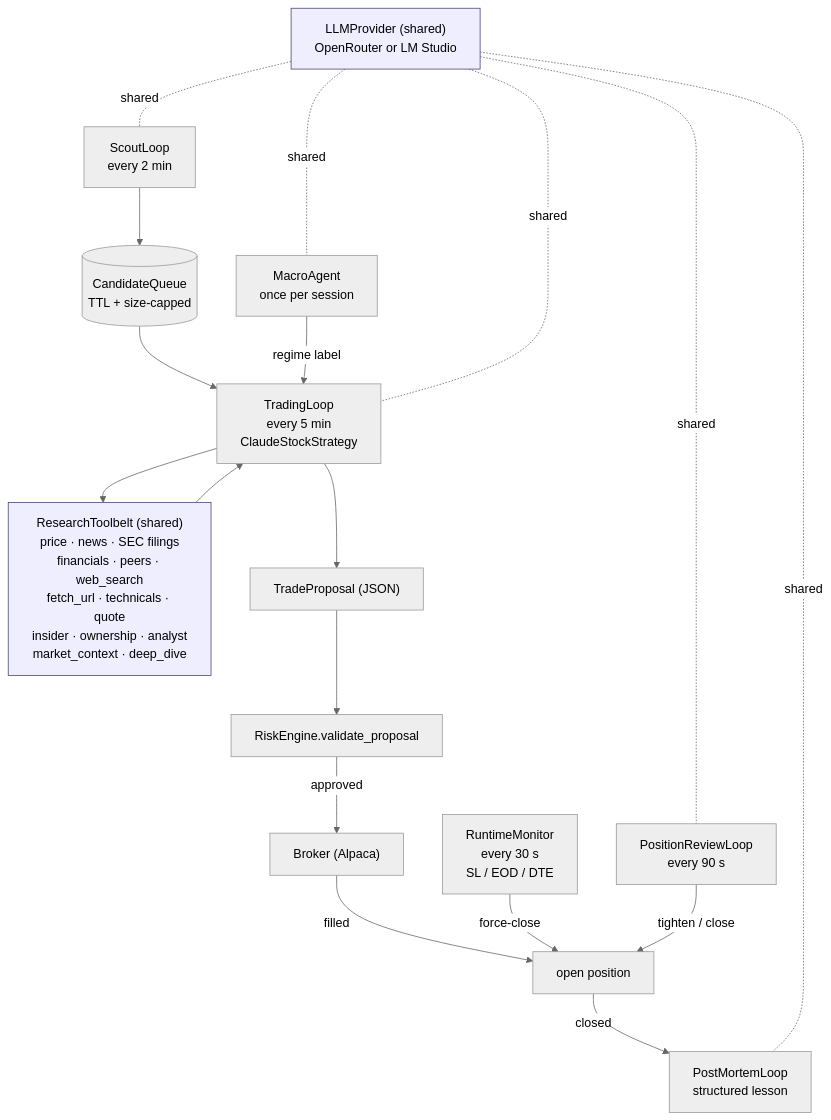
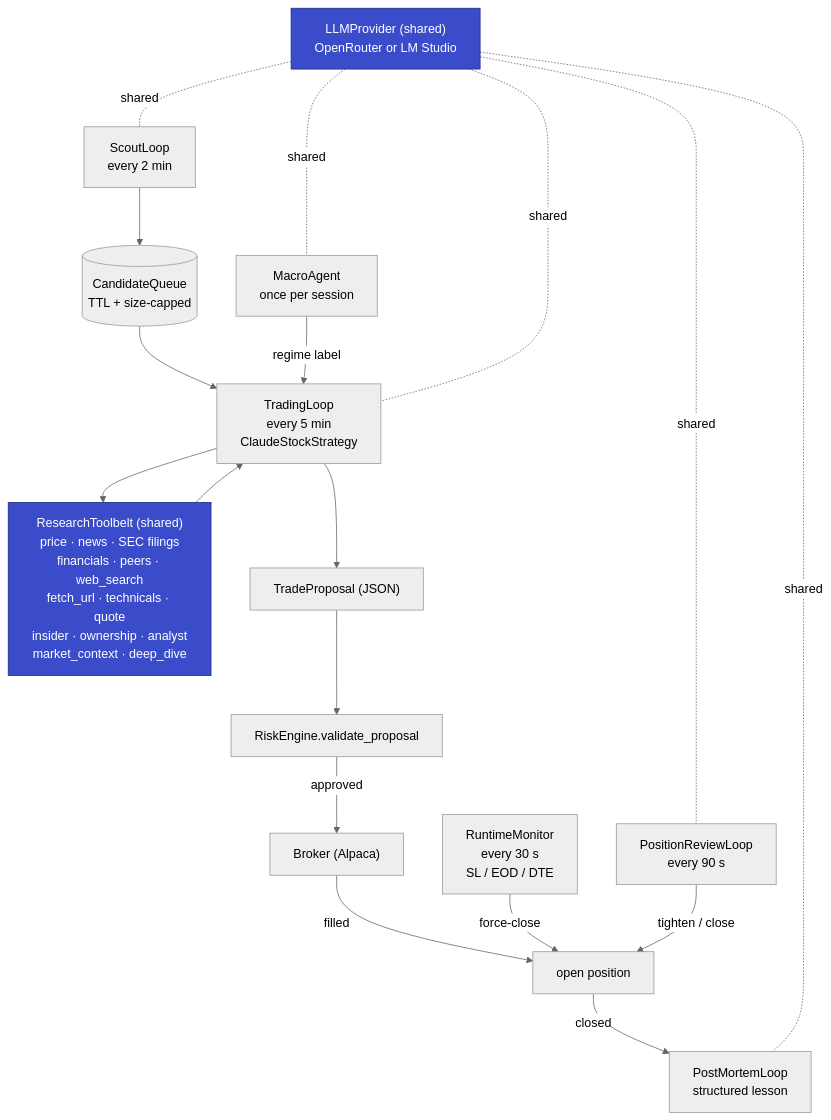
Before and after one commit to towardsautonomy/autotrader: the first of 2 diagrams in docs/ARCHITECTURE.md, drawn with Mermaid (neutral theme). The commit also changed 2 other files, not shown here.

````diff
--- a/docs/ARCHITECTURE.md
+++ b/docs/ARCHITECTURE.md
@@ -41,36 +41,36 @@
 ```mermaid
 flowchart TD
     LLM["LLMProvider (shared)<br/>OpenRouter or LM Studio"]:::shared
     Belt["ResearchToolbelt (shared)<br/>price · news · SEC filings<br/>financials · peers · web_search<br/>fetch_url · technicals · quote<br/>insider · ownership · analyst<br/>market_context · deep_dive"]:::shared
 
     Scout["ScoutLoop<br/>every 2 min"]
     Queue[("CandidateQueue<br/>TTL + size-capped")]
     Trading["TradingLoop<br/>every 5 min<br/>ClaudeStockStrategy"]
     Macro["MacroAgent<br/>once per session"]
     Proposal["TradeProposal (JSON)"]
     Risk["RiskEngine.validate_proposal"]
     Broker["Broker (Alpaca)"]
     Position["open position"]
     Monitor["RuntimeMonitor<br/>every 30 s<br/>SL / EOD / DTE"]
     Review["PositionReviewLoop<br/>every 90 s"]
     PostMortem["PostMortemLoop<br/>structured lesson"]
 
     Scout --> Queue --> Trading
     Macro -- "regime label" --> Trading
     Trading --> Belt
     Belt --> Trading
     Trading --> Proposal --> Risk
     Risk -- "approved" --> Broker
     Broker -- "filled" --> Position
     Monitor -- "force-close" --> Position
     Review -- "tighten / close" --> Position
     Position -- "closed" --> PostMortem
 
     LLM -. shared .- Scout
     LLM -. shared .- Macro
     LLM -. shared .- Trading
     LLM -. shared .- Review
     LLM -. shared .- PostMortem
 
-    classDef shared fill:#eef,stroke:#447,stroke-width:1px
+    classDef shared fill:#3b4cca,stroke:#1f2a8a,stroke-width:1px,color:#fff
 ```
````
